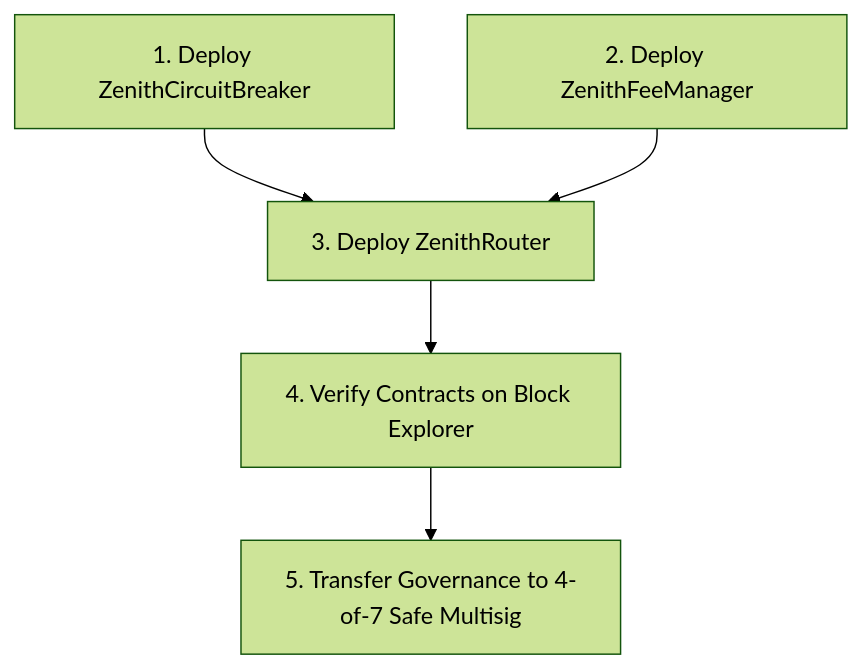
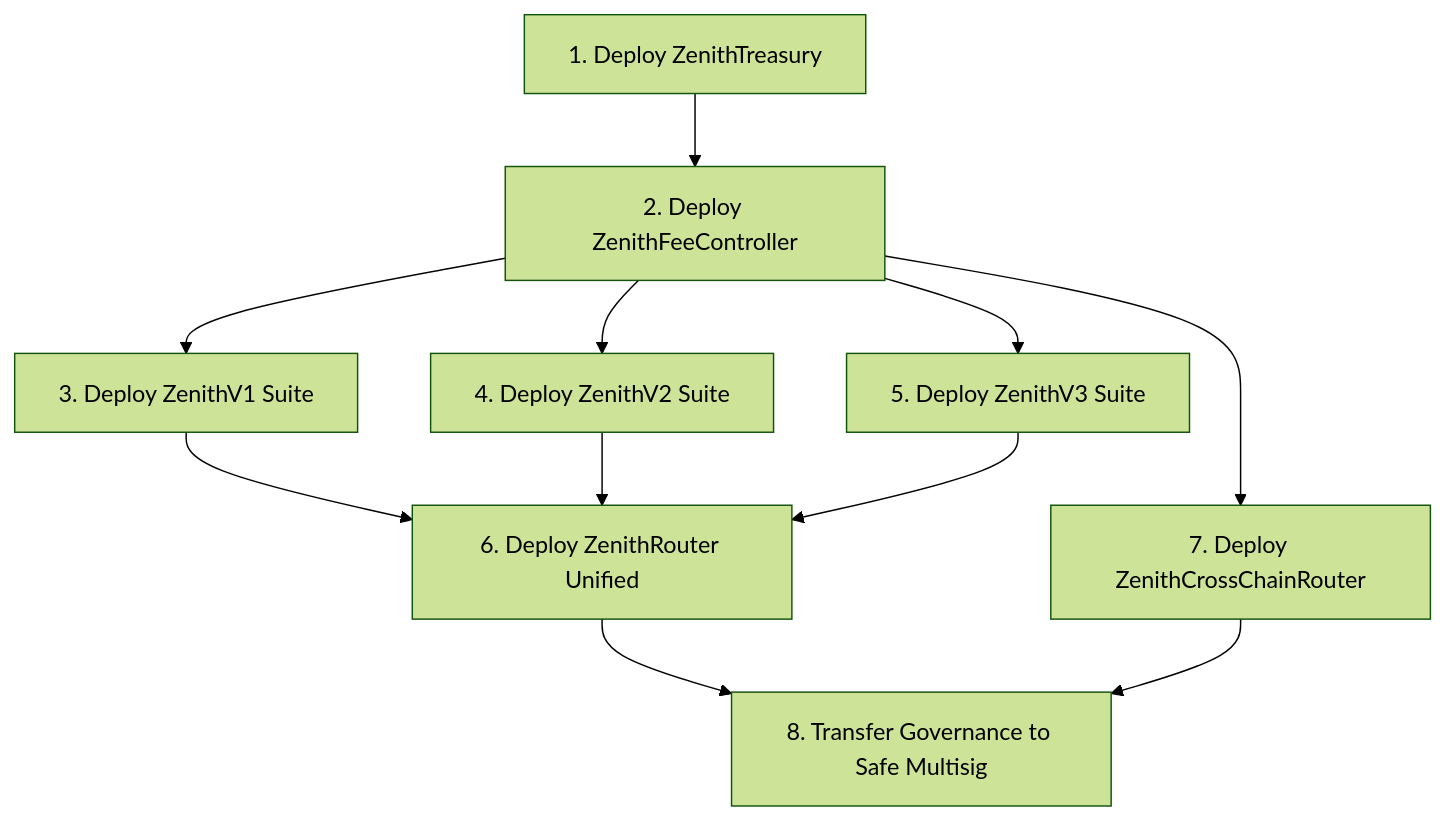
Before and after one commit to Thanatos2227/ZENITH_SWAP: the diagram in README.md, drawn with Mermaid (forest theme). The commit also changed 24 other files, not shown here.

Commit message:
feat(core): consolidate canonical architecture, remove legacy contracts, update documentation and CI

````diff
--- a/README.md
+++ b/README.md
@@ -132,7 +132,13 @@
 ```mermaid
 graph TD
-    A[1. Deploy ZenithCircuitBreaker] --> C[3. Deploy ZenithRouter]
-    B[2. Deploy ZenithFeeManager] --> C
-    C --> D[4. Verify Contracts on Block Explorer]
-    D --> E[5. Transfer Governance to 4-of-7 Safe Multisig]
+    A[1. Deploy ZenithTreasury] --> B[2. Deploy ZenithFeeController]
+    B --> C[3. Deploy ZenithV1 Suite]
+    B --> D[4. Deploy ZenithV2 Suite]
+    B --> E[5. Deploy ZenithV3 Suite]
+    C --> F[6. Deploy ZenithRouter Unified]
+    D --> F
+    E --> F
+    B --> G[7. Deploy ZenithCrossChainRouter]
+    F --> H[8. Transfer Governance to Safe Multisig]
+    G --> H
 ```
````
